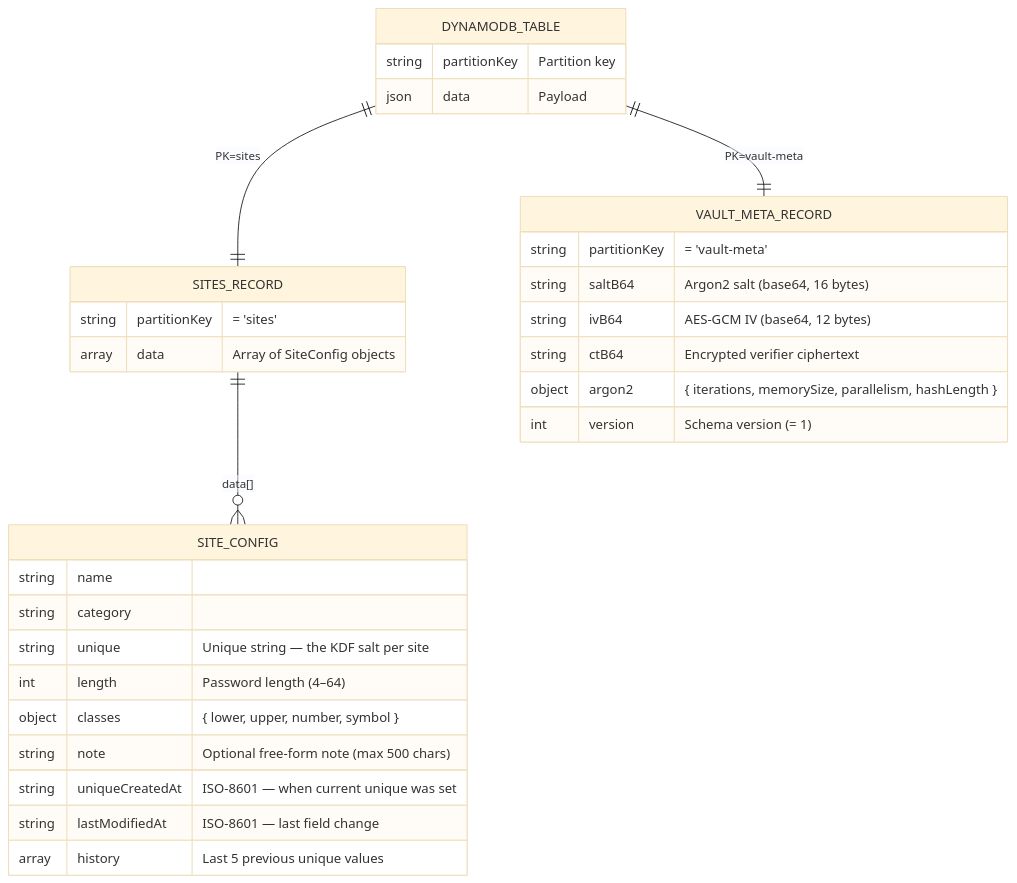
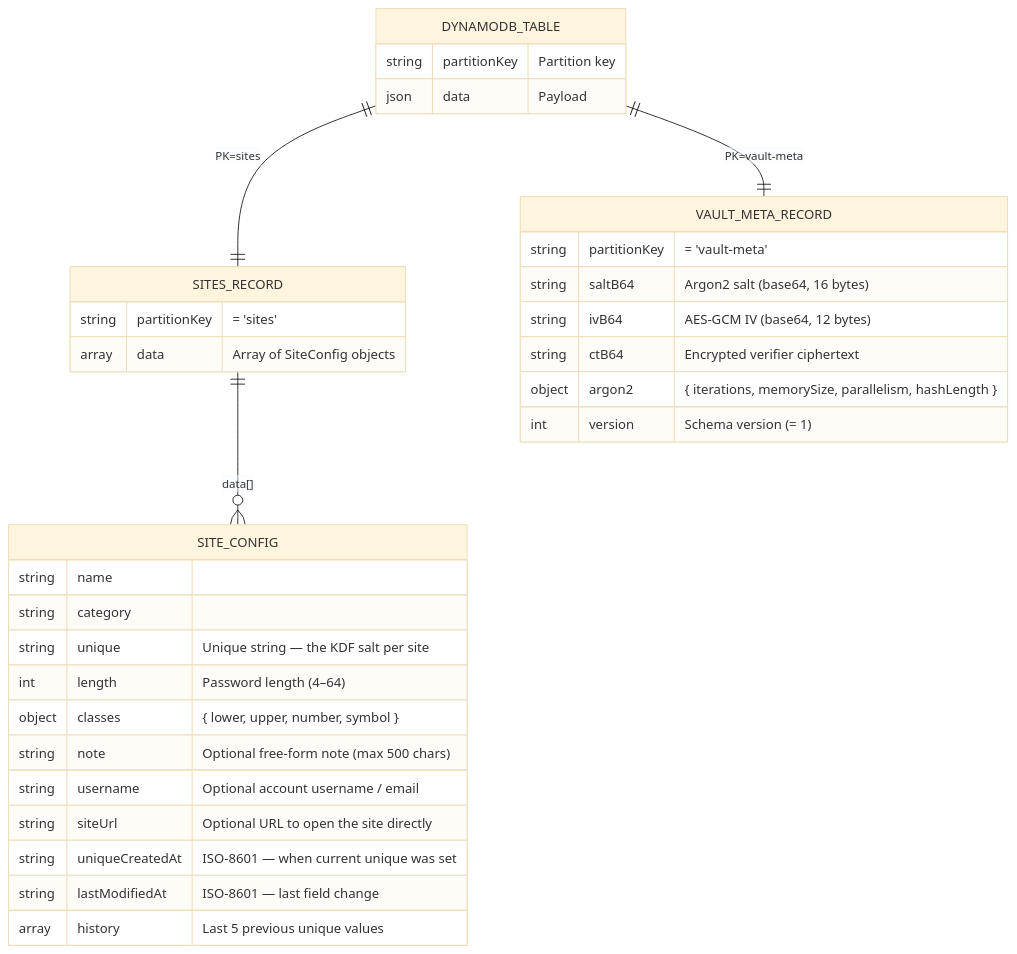
The fourth of 8 diagrams in documentation/ARCHITECTURE.md (arindam-manulife/pManager), drawn with Mermaid (base theme) before and after one commit. The commit also changed 14 other files, not shown here.

Commit message:
Release 1.0 - Added Site URL and User name Attributes

````diff
--- a/documentation/ARCHITECTURE.md
+++ b/documentation/ARCHITECTURE.md
@@ -140,37 +140,39 @@
 ```mermaid
 erDiagram
     DYNAMODB_TABLE {
         string partitionKey "Partition key"
         json   data         "Payload"
     }
 
     SITES_RECORD {
         string partitionKey "= 'sites'"
         array  data         "Array of SiteConfig objects"
     }
 
     VAULT_META_RECORD {
         string partitionKey "= 'vault-meta'"
         string saltB64  "Argon2 salt (base64, 16 bytes)"
         string ivB64    "AES-GCM IV (base64, 12 bytes)"
         string ctB64    "Encrypted verifier ciphertext"
         object argon2   "{ iterations, memorySize, parallelism, hashLength }"
         int    version  "Schema version (= 1)"
     }
 
     SITE_CONFIG {
         string name
         string category
         string unique          "Unique string — the KDF salt per site"
         int    length          "Password length (4–64)"
         object classes         "{ lower, upper, number, symbol }"
         string note            "Optional free-form note (max 500 chars)"
+        string username        "Optional account username / email"
+        string siteUrl         "Optional URL to open the site directly"
         string uniqueCreatedAt "ISO-8601 — when current unique was set"
         string lastModifiedAt  "ISO-8601 — last field change"
         array  history         "Last 5 previous unique values"
     }
 
     DYNAMODB_TABLE ||--|| SITES_RECORD : "PK=sites"
     DYNAMODB_TABLE ||--|| VAULT_META_RECORD : "PK=vault-meta"
     SITES_RECORD   ||--o{ SITE_CONFIG : "data[]"
 ```
````
